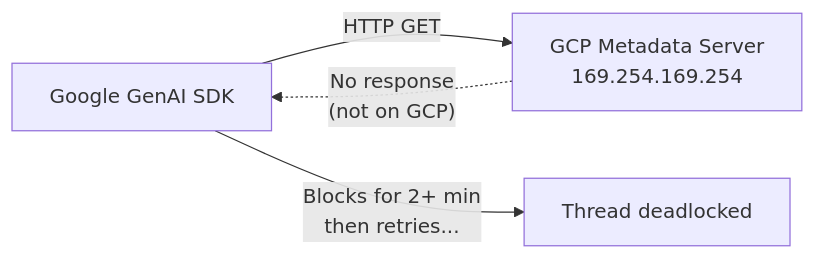
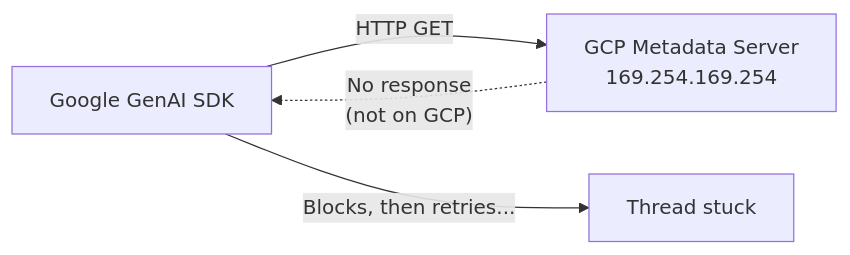
The sixth of 6 diagrams in README.md (mujeebmasi/redis-rag), drawn with Mermaid before and after one commit. The commit also changed other lines of this file and 8 other files, not shown here.

````diff
--- a/README.md
+++ b/README.md
@@ -402,6 +403,6 @@
 ```mermaid
 graph LR
     SDK["Google GenAI SDK"] -->|"HTTP GET"| Meta["GCP Metadata Server<br/>169.254.169.254"]
     Meta -.->|"No response<br/>(not on GCP)"| SDK
-    SDK -->|"Blocks for 2+ min<br/>then retries..."| Dead["Thread deadlocked"]
+    SDK -->|"Blocks, then retries..."| Dead["Thread stuck"]
 ```
````
